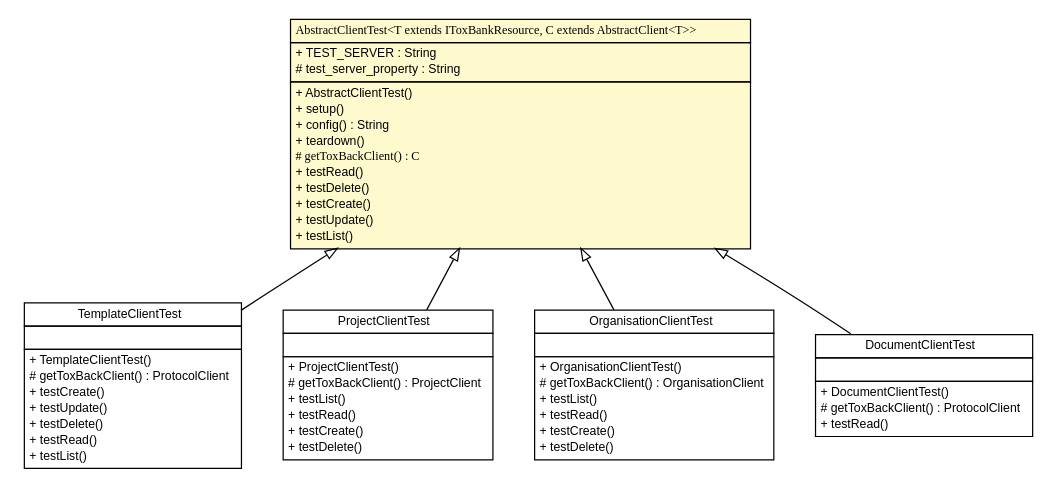
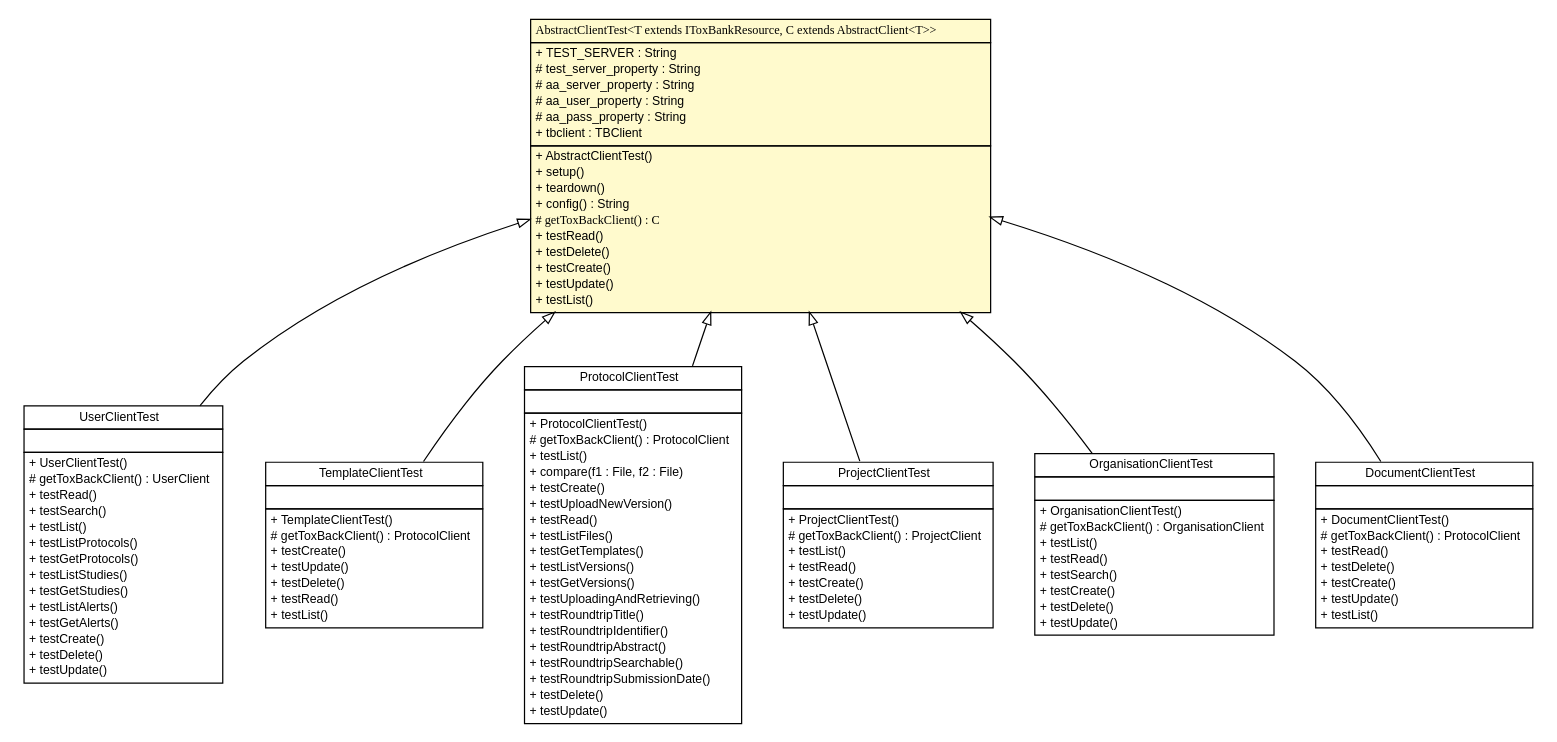
One commit to ToxBank/toxbank-api-client changed the diagram in testapidocs/net/toxbank/client/resource/AbstractClientTest.dot. Above: the diagram before and after it, drawn with Graphviz. The commit also changed 57 other files, not shown here.

```diff
--- a/testapidocs/net/toxbank/client/resource/AbstractClientTest.dot
+++ b/testapidocs/net/toxbank/client/resource/AbstractClientTest.dot
@@ -1,106 +1,176 @@
 #!/usr/local/bin/dot
 #
 # Class diagram 
 # Generated by UmlGraph version 4.6 (http://www.spinellis.gr/sw/umlgraph)
 #
 
 digraph G {
 	edge [fontname="arial",fontsize=10,labelfontname="arial",labelfontsize=10];
 	node [fontname="arial",fontsize=10,shape=plaintext];
+	// net.toxbank.client.resource.UserClientTest
+	c132 [label=<<table border="0" cellborder="1" cellspacing="0" cellpadding="2" port="p" href="./UserClientTest.html">
+		<tr><td><table border="0" cellspacing="0" cellpadding="1">
+			<tr><td> UserClientTest </td></tr>
+		</table></td></tr>
+		<tr><td><table border="0" cellspacing="0" cellpadding="1">
+			<tr><td align="left">  </td></tr>
+		</table></td></tr>
+		<tr><td><table border="0" cellspacing="0" cellpadding="1">
+			<tr><td align="left"> + UserClientTest() </td></tr>
+			<tr><td align="left"> # getToxBackClient() : UserClient </td></tr>
+			<tr><td align="left"> + testRead() </td></tr>
+			<tr><td align="left"> + testSearch() </td></tr>
+			<tr><td align="left"> + testList() </td></tr>
+			<tr><td align="left"> + testListProtocols() </td></tr>
+			<tr><td align="left"> + testGetProtocols() </td></tr>
+			<tr><td align="left"> + testListStudies() </td></tr>
+			<tr><td align="left"> + testGetStudies() </td></tr>
+			<tr><td align="left"> + testListAlerts() </td></tr>
+			<tr><td align="left"> + testGetAlerts() </td></tr>
+			<tr><td align="left"> + testCreate() </td></tr>
+			<tr><td align="left"> + testDelete() </td></tr>
+			<tr><td align="left"> + testUpdate() </td></tr>
+		</table></td></tr>
+		</table>>, fontname="arial", fontcolor="black", fontsize=10.0];
 	// net.toxbank.client.resource.TemplateClientTest
 	c133 [label=<<table border="0" cellborder="1" cellspacing="0" cellpadding="2" port="p" href="./TemplateClientTest.html">
 		<tr><td><table border="0" cellspacing="0" cellpadding="1">
 			<tr><td> TemplateClientTest </td></tr>
 		</table></td></tr>
 		<tr><td><table border="0" cellspacing="0" cellpadding="1">
 			<tr><td align="left">  </td></tr>
 		</table></td></tr>
 		<tr><td><table border="0" cellspacing="0" cellpadding="1">
 			<tr><td align="left"> + TemplateClientTest() </td></tr>
 			<tr><td align="left"> # getToxBackClient() : ProtocolClient </td></tr>
 			<tr><td align="left"> + testCreate() </td></tr>
 			<tr><td align="left"> + testUpdate() </td></tr>
 			<tr><td align="left"> + testDelete() </td></tr>
 			<tr><td align="left"> + testRead() </td></tr>
 			<tr><td align="left"> + testList() </td></tr>
 		</table></td></tr>
 		</table>>, fontname="arial", fontcolor="black", fontsize=10.0];
+	// net.toxbank.client.resource.ProtocolClientTest
+	c135 [label=<<table border="0" cellborder="1" cellspacing="0" cellpadding="2" port="p" href="./ProtocolClientTest.html">
+		<tr><td><table border="0" cellspacing="0" cellpadding="1">
+			<tr><td> ProtocolClientTest </td></tr>
+		</table></td></tr>
+		<tr><td><table border="0" cellspacing="0" cellpadding="1">
+			<tr><td align="left">  </td></tr>
+		</table></td></tr>
+		<tr><td><table border="0" cellspacing="0" cellpadding="1">
+			<tr><td align="left"> + ProtocolClientTest() </td></tr>
+			<tr><td align="left"> # getToxBackClient() : ProtocolClient </td></tr>
+			<tr><td align="left"> + testList() </td></tr>
+			<tr><td align="left"> + compare(f1 : File, f2 : File) </td></tr>
+			<tr><td align="left"> + testCreate() </td></tr>
+			<tr><td align="left"> + testUploadNewVersion() </td></tr>
+			<tr><td align="left"> + testRead() </td></tr>
+			<tr><td align="left"> + testListFiles() </td></tr>
+			<tr><td align="left"> + testGetTemplates() </td></tr>
+			<tr><td align="left"> + testListVersions() </td></tr>
+			<tr><td align="left"> + testGetVersions() </td></tr>
+			<tr><td align="left"> + testUploadingAndRetrieving() </td></tr>
+			<tr><td align="left"> + testRoundtripTitle() </td></tr>
+			<tr><td align="left"> + testRoundtripIdentifier() </td></tr>
+			<tr><td align="left"> + testRoundtripAbstract() </td></tr>
+			<tr><td align="left"> + testRoundtripSearchable() </td></tr>
+			<tr><td align="left"> + testRoundtripSubmissionDate() </td></tr>
+			<tr><td align="left"> + testDelete() </td></tr>
+			<tr><td align="left"> + testUpdate() </td></tr>
+		</table></td></tr>
+		</table>>, fontname="arial", fontcolor="black", fontsize=10.0];
 	// net.toxbank.client.resource.ProjectClientTest
 	c136 [label=<<table border="0" cellborder="1" cellspacing="0" cellpadding="2" port="p" href="./ProjectClientTest.html">
 		<tr><td><table border="0" cellspacing="0" cellpadding="1">
 			<tr><td> ProjectClientTest </td></tr>
 		</table></td></tr>
 		<tr><td><table border="0" cellspacing="0" cellpadding="1">
 			<tr><td align="left">  </td></tr>
 		</table></td></tr>
 		<tr><td><table border="0" cellspacing="0" cellpadding="1">
 			<tr><td align="left"> + ProjectClientTest() </td></tr>
 			<tr><td align="left"> # getToxBackClient() : ProjectClient </td></tr>
 			<tr><td align="left"> + testList() </td></tr>
 			<tr><td align="left"> + testRead() </td></tr>
 			<tr><td align="left"> + testCreate() </td></tr>
 			<tr><td align="left"> + testDelete() </td></tr>
+			<tr><td align="left"> + testUpdate() </td></tr>
 		</table></td></tr>
 		</table>>, fontname="arial", fontcolor="black", fontsize=10.0];
 	// net.toxbank.client.resource.OrganisationClientTest
 	c137 [label=<<table border="0" cellborder="1" cellspacing="0" cellpadding="2" port="p" href="./OrganisationClientTest.html">
 		<tr><td><table border="0" cellspacing="0" cellpadding="1">
 			<tr><td> OrganisationClientTest </td></tr>
 		</table></td></tr>
 		<tr><td><table border="0" cellspacing="0" cellpadding="1">
 			<tr><td align="left">  </td></tr>
 		</table></td></tr>
 		<tr><td><table border="0" cellspacing="0" cellpadding="1">
 			<tr><td align="left"> + OrganisationClientTest() </td></tr>
 			<tr><td align="left"> # getToxBackClient() : OrganisationClient </td></tr>
 			<tr><td align="left"> + testList() </td></tr>
 			<tr><td align="left"> + testRead() </td></tr>
+			<tr><td align="left"> + testSearch() </td></tr>
 			<tr><td align="left"> + testCreate() </td></tr>
 			<tr><td align="left"> + testDelete() </td></tr>
+			<tr><td align="left"> + testUpdate() </td></tr>
 		</table></td></tr>
 		</table>>, fontname="arial", fontcolor="black", fontsize=10.0];
 	// net.toxbank.client.resource.DocumentClientTest
 	c138 [label=<<table border="0" cellborder="1" cellspacing="0" cellpadding="2" port="p" href="./DocumentClientTest.html">
 		<tr><td><table border="0" cellspacing="0" cellpadding="1">
 			<tr><td> DocumentClientTest </td></tr>
 		</table></td></tr>
 		<tr><td><table border="0" cellspacing="0" cellpadding="1">
 			<tr><td align="left">  </td></tr>
 		</table></td></tr>
 		<tr><td><table border="0" cellspacing="0" cellpadding="1">
 			<tr><td align="left"> + DocumentClientTest() </td></tr>
 			<tr><td align="left"> # getToxBackClient() : ProtocolClient </td></tr>
 			<tr><td align="left"> + testRead() </td></tr>
+			<tr><td align="left"> + testDelete() </td></tr>
+			<tr><td align="left"> + testCreate() </td></tr>
+			<tr><td align="left"> + testUpdate() </td></tr>
+			<tr><td align="left"> + testList() </td></tr>
 		</table></td></tr>
 		</table>>, fontname="arial", fontcolor="black", fontsize=10.0];
 	// net.toxbank.client.resource.AbstractClientTest<T extends net.toxbank.client.resource.IToxBankResource, C extends net.toxbank.client.resource.AbstractClient<T>>
 	c142 [label=<<table border="0" cellborder="1" cellspacing="0" cellpadding="2" port="p" bgcolor="lemonChiffon" href="./AbstractClientTest.html">
 		<tr><td><table border="0" cellspacing="0" cellpadding="1">
 			<tr><td><font face="ariali"> AbstractClientTest&lt;T extends IToxBankResource, C extends AbstractClient&lt;T&gt;&gt; </font></td></tr>
 		</table></td></tr>
 		<tr><td><table border="0" cellspacing="0" cellpadding="1">
 			<tr><td align="left"> + TEST_SERVER : String </td></tr>
 			<tr><td align="left"> # test_server_property : String </td></tr>
+			<tr><td align="left"> # aa_server_property : String </td></tr>
+			<tr><td align="left"> # aa_user_property : String </td></tr>
+			<tr><td align="left"> # aa_pass_property : String </td></tr>
+			<tr><td align="left"> + tbclient : TBClient </td></tr>
 		</table></td></tr>
 		<tr><td><table border="0" cellspacing="0" cellpadding="1">
 			<tr><td align="left"> + AbstractClientTest() </td></tr>
 			<tr><td align="left"> + setup() </td></tr>
+			<tr><td align="left"> + teardown() </td></tr>
 			<tr><td align="left"> + config() : String </td></tr>
-			<tr><td align="left"> + teardown() </td></tr>
 			<tr><td align="left"><font face="ariali" point-size="10.0"> # getToxBackClient() : C </font></td></tr>
 			<tr><td align="left"> + testRead() </td></tr>
 			<tr><td align="left"> + testDelete() </td></tr>
 			<tr><td align="left"> + testCreate() </td></tr>
 			<tr><td align="left"> + testUpdate() </td></tr>
 			<tr><td align="left"> + testList() </td></tr>
 		</table></td></tr>
 		</table>>, fontname="arial", fontcolor="black", fontsize=10.0];
+	//net.toxbank.client.resource.UserClientTest extends net.toxbank.client.resource.AbstractClientTest<net.toxbank.client.resource.User, net.toxbank.client.resource.UserClient>
+	c142:p -> c132:p [dir=back,arrowtail=empty];
 	//net.toxbank.client.resource.TemplateClientTest extends net.toxbank.client.resource.AbstractClientTest<net.toxbank.client.resource.Protocol, net.toxbank.client.resource.ProtocolClient>
 	c142:p -> c133:p [dir=back,arrowtail=empty];
+	//net.toxbank.client.resource.ProtocolClientTest extends net.toxbank.client.resource.AbstractClientTest<net.toxbank.client.resource.Protocol, net.toxbank.client.resource.ProtocolClient>
+	c142:p -> c135:p [dir=back,arrowtail=empty];
 	//net.toxbank.client.resource.ProjectClientTest extends net.toxbank.client.resource.AbstractClientTest<net.toxbank.client.resource.Project, net.toxbank.client.resource.ProjectClient>
 	c142:p -> c136:p [dir=back,arrowtail=empty];
 	//net.toxbank.client.resource.OrganisationClientTest extends net.toxbank.client.resource.AbstractClientTest<net.toxbank.client.resource.Organisation, net.toxbank.client.resource.OrganisationClient>
 	c142:p -> c137:p [dir=back,arrowtail=empty];
 	//net.toxbank.client.resource.DocumentClientTest extends net.toxbank.client.resource.AbstractClientTest<net.toxbank.client.resource.Protocol, net.toxbank.client.resource.ProtocolClient>
 	c142:p -> c138:p [dir=back,arrowtail=empty];
 }
```
